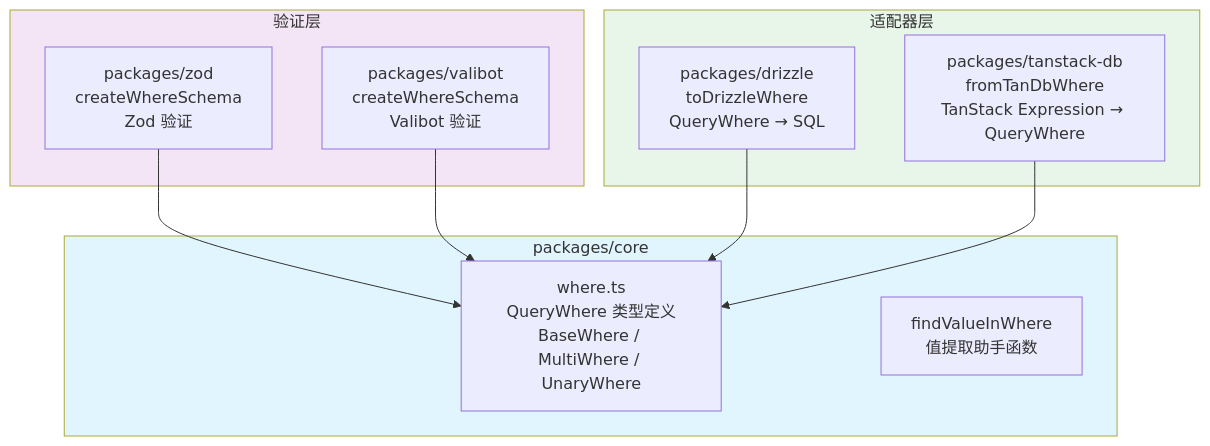
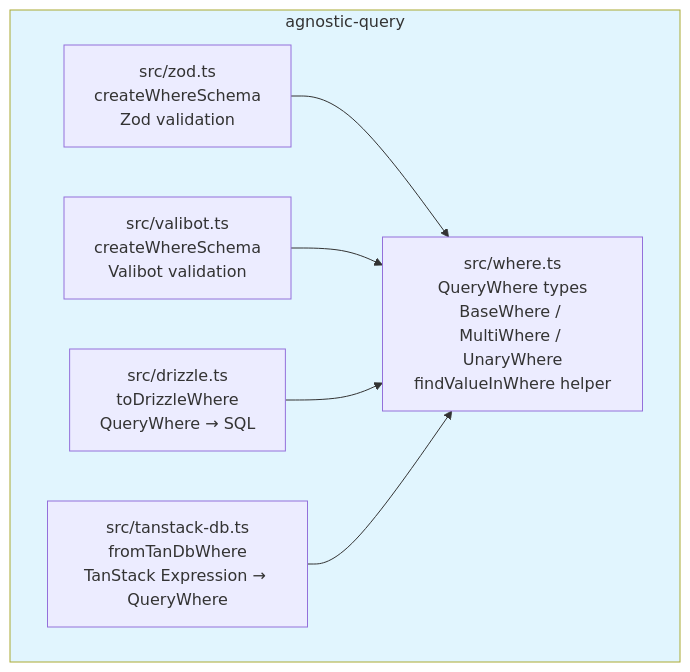
One commit to Nahida-aa/agnostic-query changed the first of 3 diagrams in README.md. Above: the diagram before and after it, drawn with Mermaid. The commit also changed other lines of this file and 26 other files, not shown here.

First line of the commit message:
refactor: restructure agnostic-query package and remove deprecated files

````diff
--- a/README.md
+++ b/README.md
@@ -7,26 +7,17 @@
 ```mermaid
 graph TB
-    subgraph Core["packages/core"]
-        where_types["where.ts<br/>QueryWhere 类型定义<br/>BaseWhere / MultiWhere / UnaryWhere"]
-        find_helper["findValueInWhere<br/>值提取助手函数"]
+    subgraph Package["agnostic-query"]
+        core["src/where.ts<br/>QueryWhere types<br/>BaseWhere / MultiWhere / UnaryWhere<br/>findValueInWhere helper"]
+        zod["src/zod.ts<br/>createWhereSchema<br/>Zod validation"]
+        valibot["src/valibot.ts<br/>createWhereSchema<br/>Valibot validation"]
+        drizzle["src/drizzle.ts<br/>toDrizzleWhere<br/>QueryWhere → SQL"]
+        tanstack["src/tanstack-db.ts<br/>fromTanDbWhere<br/>TanStack Expression → QueryWhere"]
     end
 
-    subgraph Validation["验证层"]
-        zod["packages/zod<br/>createWhereSchema<br/>Zod 验证"]
-        valibot["packages/valibot<br/>createWhereSchema<br/>Valibot 验证"]
-    end
+    zod --> core
+    valibot --> core
+    drizzle --> core
+    tanstack --> core
 
-    subgraph Adapters["适配器层"]
-        drizzle["packages/drizzle<br/>toDrizzleWhere<br/>QueryWhere → SQL"]
-        tanstack["packages/tanstack-db<br/>fromTanDbWhere<br/>TanStack Expression → QueryWhere"]
-    end
-
-    zod --> where_types
-    valibot --> where_types
-    drizzle --> where_types
-    tanstack --> where_types
-
-    style Core fill:#e1f5fe
-    style Validation fill:#f3e5f5
-    style Adapters fill:#e8f5e9
+    style Package fill:#e1f5fe
 ```
````
